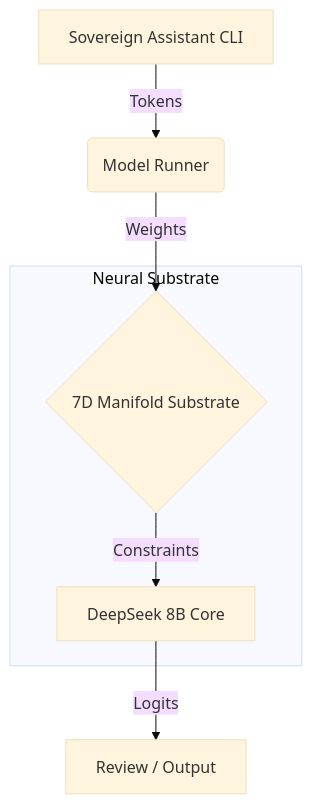
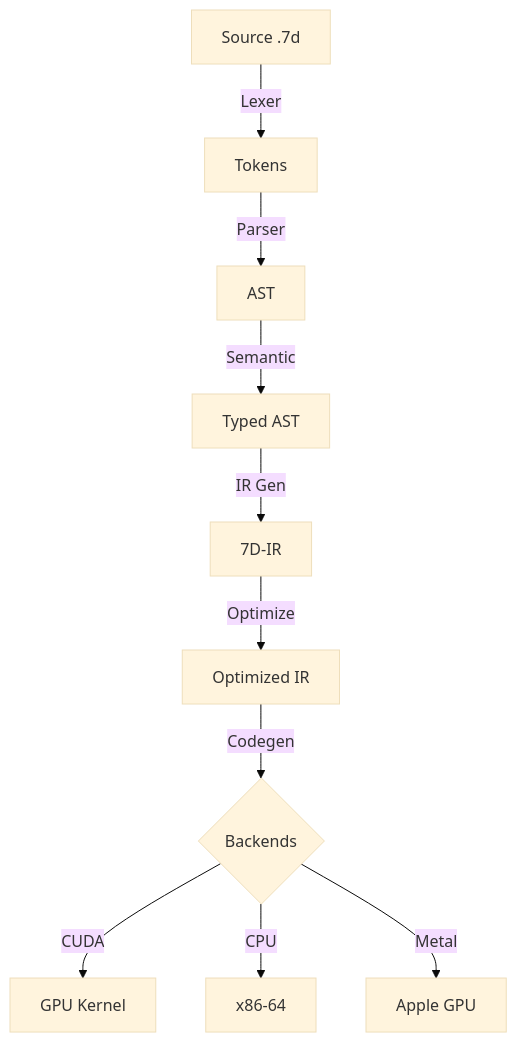
One commit to basedgod55hjl/7D-mH-Q-Manifold-Constrained-Holographic-Quantum-Architecture changed the diagram in README.md. Above: the diagram before and after it, drawn with Mermaid (base theme). The commit also changed other lines of this file and 69 other files, not shown here.

````diff
--- a/README.md
+++ b/README.md
@@ -31,12 +61,12 @@
 ```mermaid
 graph TD
-    A[Sovereign Assistant CLI] -->|Tokens| B(Model Runner)
-    B -->|Weights| C{7D Manifold Substrate}
-    C -->|Constraints| D[DeepSeek 8B Core]
-    D -->|Logits| E[Review / Output]
-    
-    subgraph "Neural Substrate"
-    C
-    D
-    end
+    A[Source .7d] -->|Lexer| B[Tokens]
+    B -->|Parser| C[AST]
+    C -->|Semantic| D[Typed AST]
+    D -->|IR Gen| E[7D-IR]
+    E -->|Optimize| F[Optimized IR]
+    F -->|Codegen| G{Backends}
+    G -->|CUDA| H[GPU Kernel]
+    G -->|CPU| I[x86-64]
+    G -->|Metal| J[Apple GPU]
 ```
````
